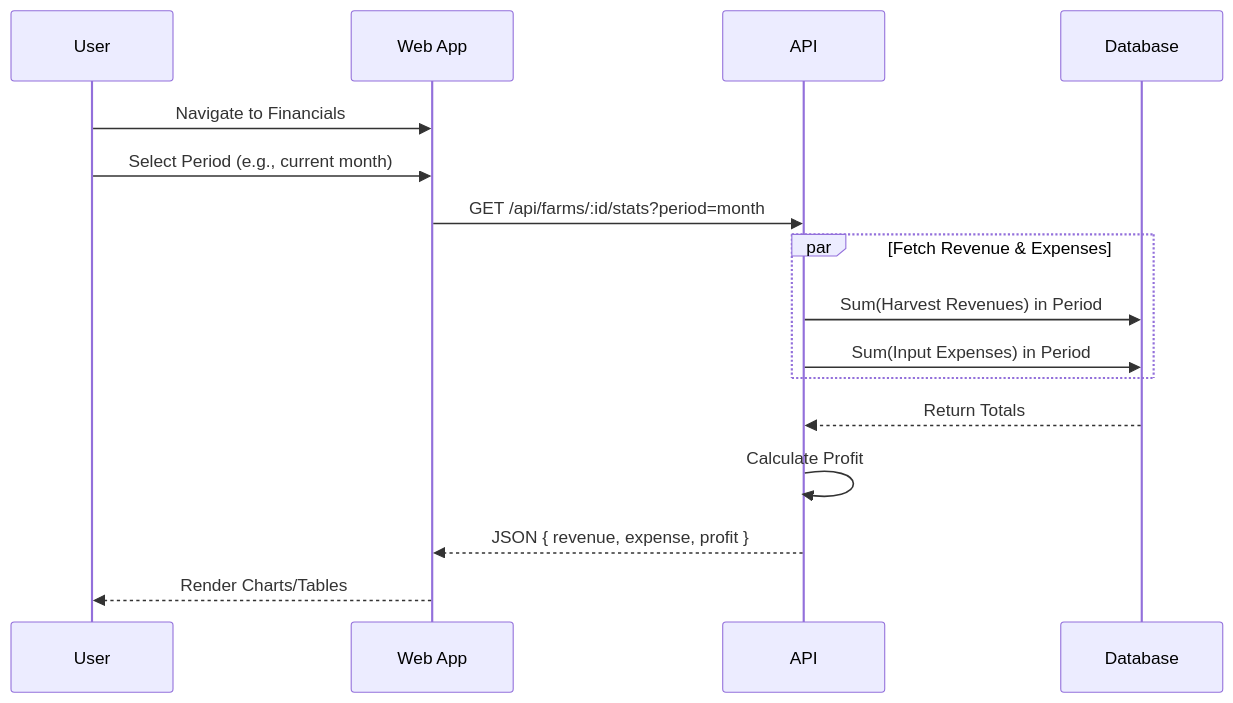
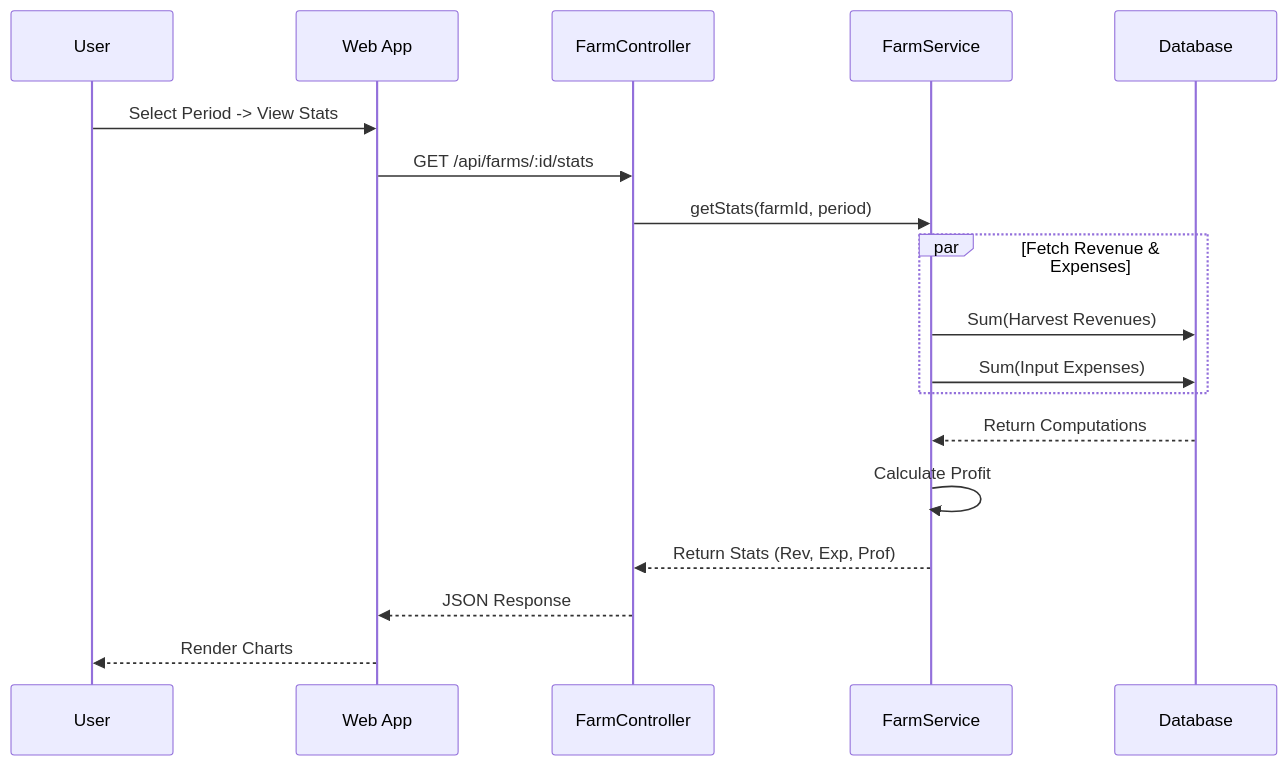
Before and after one commit to duong4444/agribot-dev: the third of 3 diagrams in DOC-TTCS/farm_management_docs.md, drawn with Mermaid. The commit also changed other lines of this file and 7 other files, not shown here.

````diff
--- a/DOC-TTCS/farm_management_docs.md
+++ b/DOC-TTCS/farm_management_docs.md
@@ -92,21 +94,23 @@
 ```mermaid
 sequenceDiagram
     participant U as User
     participant FE as Web App
-    participant BE as API
+    participant CTL as FarmController
+    participant SVC as FarmService
     participant DB as Database
 
-    U->>FE: Navigate to Financials
-    U->>FE: Select Period (e.g., current month)
-    FE->>BE: GET /api/farms/:id/stats?period=month
+    U->>FE: Select Period -> View Stats
+    FE->>CTL: GET /api/farms/:id/stats
+    CTL->>SVC: getStats(farmId, period)
     
     par Fetch Revenue & Expenses
-        BE->>DB: Sum(Harvest Revenues) in Period
-        BE->>DB: Sum(Input Expenses) in Period
+        SVC->>DB: Sum(Harvest Revenues)
+        SVC->>DB: Sum(Input Expenses)
     end
     
-    DB-->>BE: Return Totals
-    BE->>BE: Calculate Profit
-    BE-->>FE: JSON { revenue, expense, profit }
-    FE-->>U: Render Charts/Tables
+    DB-->>SVC: Return Computations
+    SVC->>SVC: Calculate Profit
+    SVC-->>CTL: Return Stats (Rev, Exp, Prof)
+    CTL-->>FE: JSON Response
+    FE-->>U: Render Charts
 ```
````
